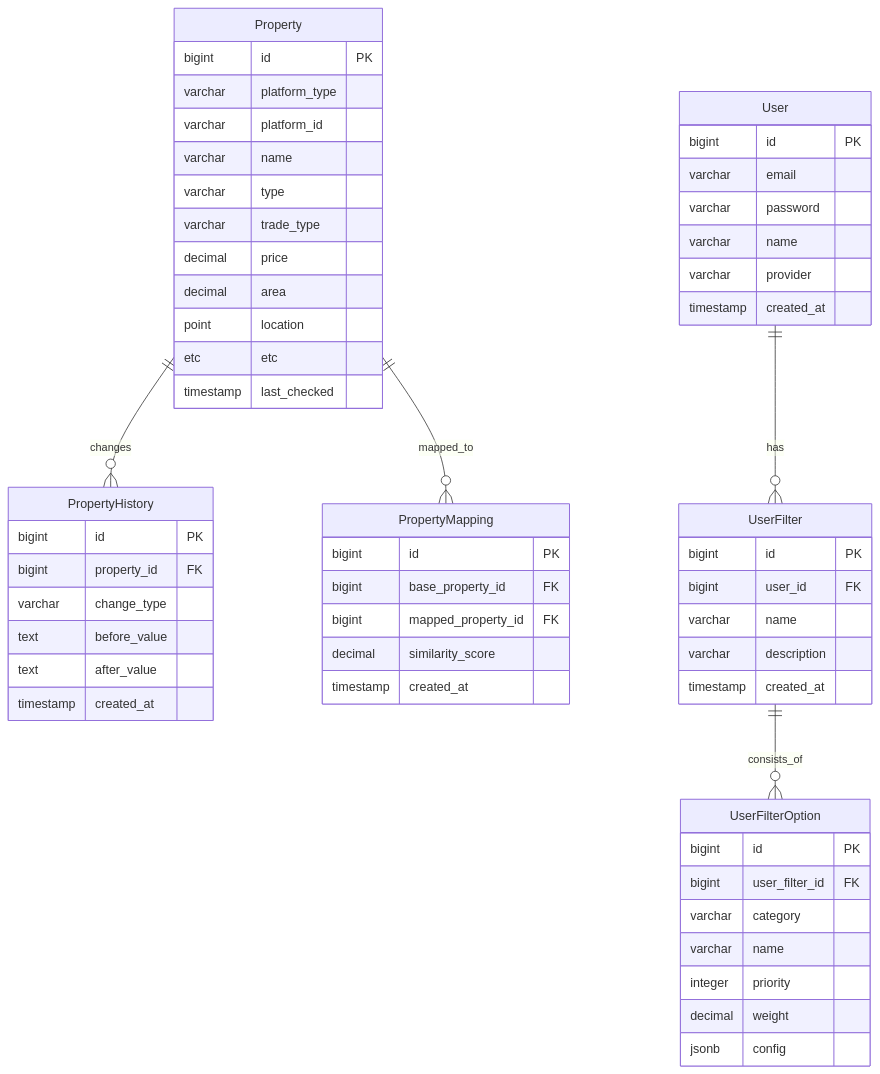
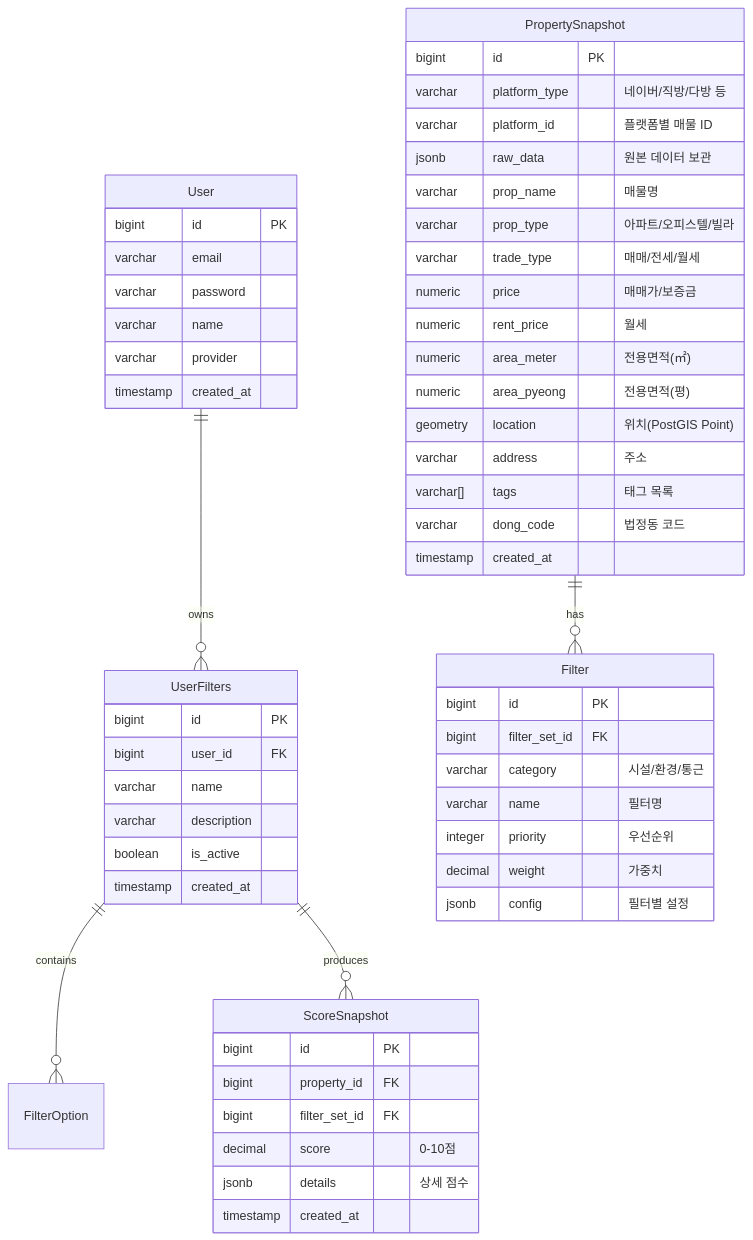
The second of 2 diagrams in README.md (f-lab-edu/zipsoon), drawn with Mermaid before and after one commit.

Commit message:
docs: ERD 업데이트

````diff
--- a/README.md
+++ b/README.md
@@ -97,65 +97,63 @@
 ```mermaid
 erDiagram
-    Property ||--o{ PropertyHistory : "changes"
-    Property ||--o{ PropertyMapping : "mapped_to"
-    User ||--o{ UserFilter : "has"
-    UserFilter ||--o{ UserFilterOption : "consists_of"
-    
-    Property {
+    PropertySnapshot {
         bigint id PK
-        varchar platform_type
-        varchar platform_id
-        varchar name
-        varchar type
-        varchar trade_type
-        decimal price
-        decimal area
-        point location
-        etc etc
-        timestamp last_checked
-    }
-
-    PropertyHistory {
-        bigint id PK
-        bigint property_id FK
-        varchar change_type
-        text before_value
-        text after_value
-        timestamp created_at
-    }
-
-    PropertyMapping {
-        bigint id PK
-        bigint base_property_id FK
-        bigint mapped_property_id FK
-        decimal similarity_score
+        varchar platform_type "네이버/직방/다방 등"
+        varchar platform_id "플랫폼별 매물 ID"
+        jsonb raw_data "원본 데이터 보관"
+        varchar prop_name "매물명"
+        varchar prop_type "아파트/오피스텔/빌라"
+        varchar trade_type "매매/전세/월세"
+        numeric price "매매가/보증금"
+        numeric rent_price "월세"
+        numeric area_meter "전용면적(㎡)"
+        numeric area_pyeong "전용면적(평)"
+        geometry location "위치(PostGIS Point)"
+        varchar address "주소"
+        varchar[] tags "태그 목록"
+        varchar dong_code "법정동 코드"
         timestamp created_at
     }
 
     User {
         bigint id PK
         varchar email
         varchar password
         varchar name
         varchar provider
         timestamp created_at
     }
 
-    UserFilter {
+    UserFilters {
         bigint id PK
         bigint user_id FK
         varchar name
         varchar description
+        boolean is_active
         timestamp created_at
     }
 
-    UserFilterOption {
+    Filter {
         bigint id PK
-        bigint user_filter_id FK
-        varchar category
-        varchar name
-        integer priority 
-        decimal weight
-        jsonb config
+        bigint filter_set_id FK
+        varchar category "시설/환경/통근"
+        varchar name "필터명"
+        integer priority "우선순위"
+        decimal weight "가중치"
+        jsonb config "필터별 설정"
     }
+
+    ScoreSnapshot {
+        bigint id PK
+        bigint property_id FK
+        bigint filter_set_id FK
+        decimal score "0-10점"
+        jsonb details "상세 점수"
+        timestamp created_at
+    }
+
+    PropertySnapshot ||--o{ Filter : has
+    User ||--o{ UserFilters : owns
+    UserFilters ||--o{ FilterOption : contains
+    UserFilters ||--o{ ScoreSnapshot : produces
 ```
````
